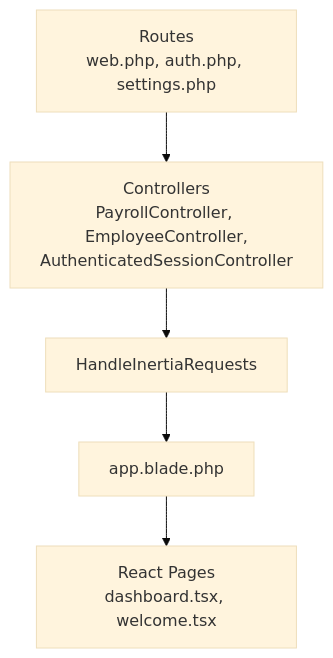
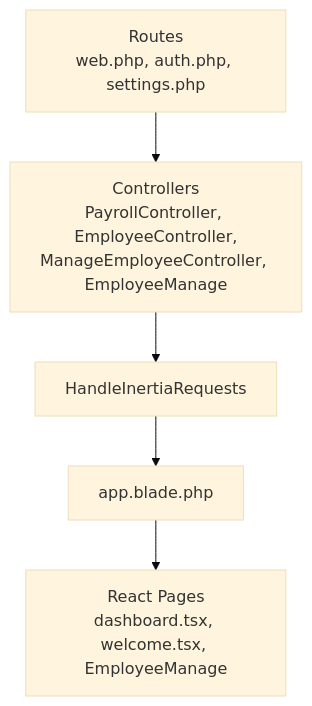
Before and after one commit to vincet0t15/template: the ninth of 9 diagrams in .qoder/repowiki/en/content/Routing Architecture.md, drawn with Mermaid (base theme). The commit also changed other lines of this file and 8 other files, not shown here.

````diff
--- a/.qoder/repowiki/en/content/Routing Architecture.md
+++ b/.qoder/repowiki/en/content/Routing Architecture.md
@@ -269,12 +312,12 @@
 ```mermaid
 graph TB
 Routes["Routes<br/>web.php, auth.php, settings.php"]
-Controllers["Controllers<br/>PayrollController, EmployeeController,<br/>AuthenticatedSessionController"]
+Controllers["Controllers<br/>PayrollController, EmployeeController,<br/>ManageEmployeeController, EmployeeManage"]
 Middleware["HandleInertiaRequests"]
 Blade["app.blade.php"]
-ReactPages["React Pages<br/>dashboard.tsx, welcome.tsx"]
+ReactPages["React Pages<br/>dashboard.tsx, welcome.tsx, EmployeeManage"]
 Routes --> Controllers
 Controllers --> Middleware
 Middleware --> Blade
 Blade --> ReactPages
 ```
````
